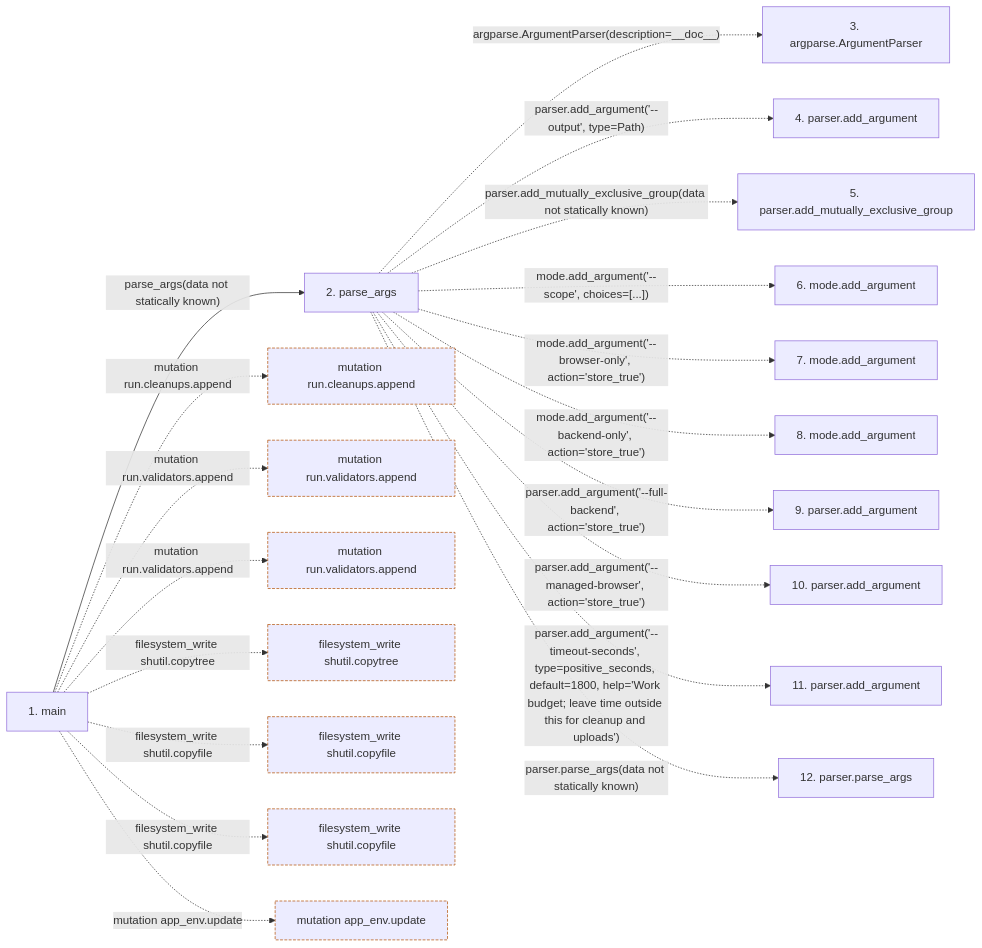
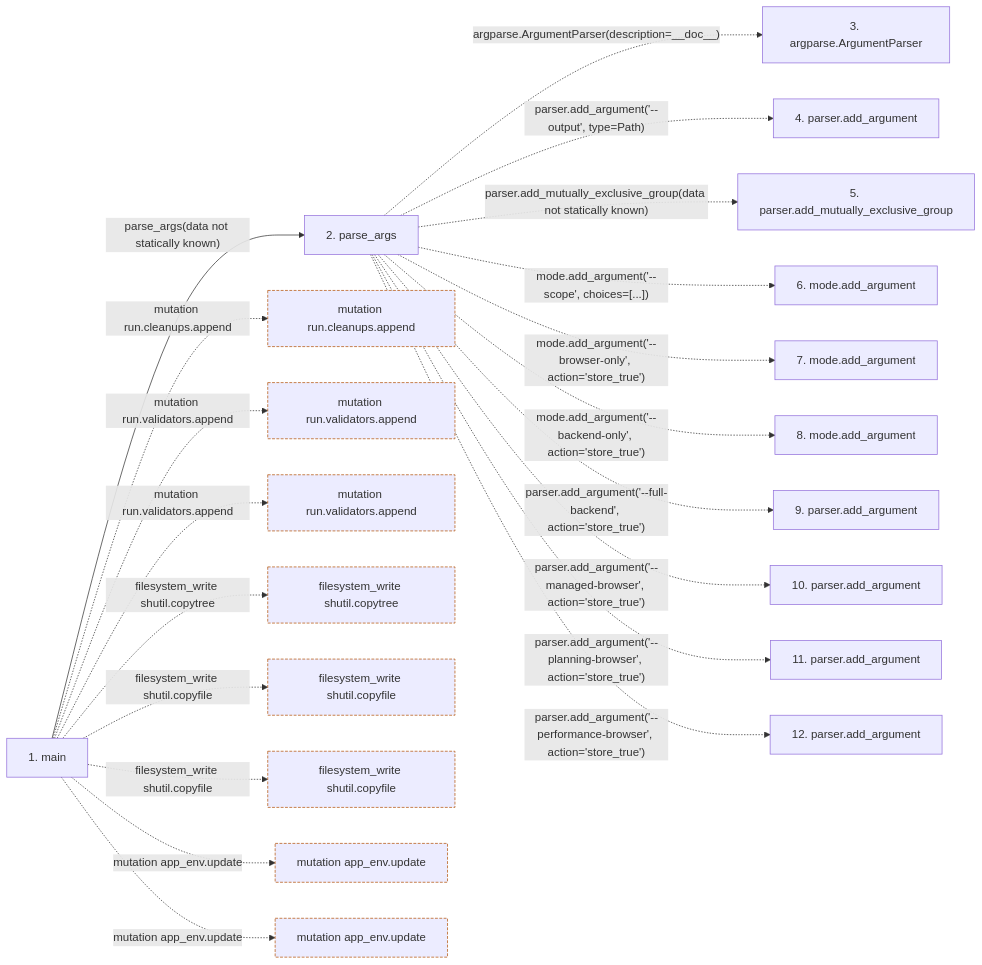
One commit to Denissvgn/WorkChord changed the second of 2 diagrams in docs/llm_wiki/flows/process-run_disposable_checks.md. Above: the diagram before and after it, drawn with Mermaid. The commit also changed other lines of this file and 10148 other files, not shown here.

````diff
--- a/docs/llm_wiki/flows/process-run_disposable_checks.md
+++ b/docs/llm_wiki/flows/process-run_disposable_checks.md
@@ -74,50 +67,53 @@
 ```mermaid
 flowchart LR
     s1["1. main"]
     s2["2. parse_args"]
     s3["3. argparse.ArgumentParser"]
     s4["4. parser.add_argument"]
     s5["5. parser.add_mutually_exclusive_group"]
     s6["6. mode.add_argument"]
     s7["7. mode.add_argument"]
     s8["8. mode.add_argument"]
     s9["9. parser.add_argument"]
     s10["10. parser.add_argument"]
     s11["11. parser.add_argument"]
-    s12["12. parser.parse_args"]
+    s12["12. parser.add_argument"]
     s1 -->|"parse_args(data not statically known)"| s2
     s2 -. "argparse.ArgumentParser(description=__doc__)" .-> s3
     s2 -. "parser.add_argument('--output', type=Path)" .-> s4
     s2 -. "parser.add_mutually_exclusive_group(data not statically known)" .-> s5
     s2 -. "mode.add_argument('--scope', choices=[...])" .-> s6
     s2 -. "mode.add_argument('--browser-only', action='store_true')" .-> s7
     s2 -. "mode.add_argument('--backend-only', action='store_true')" .-> s8
     s2 -. "parser.add_argument('--full-backend', action='store_true')" .-> s9
     s2 -. "parser.add_argument('--managed-browser', action='store_true')" .-> s10
-    s2 -. "parser.add_argument('--timeout-seconds', type=positive_seconds, default=1800, help='Work budget; leave time outside this for cleanup and uploads')" .-> s11
-    s2 -. "parser.parse_args(data not statically known)" .-> s12
+    s2 -. "parser.add_argument('--planning-browser', action='store_true')" .-> s11
+    s2 -. "parser.add_argument('--performance-browser', action='store_true')" .-> s12
     b0["mutation run.cleanups.append"]
     s1 -. "mutation run.cleanups.append" .-> b0
     b1["mutation run.validators.append"]
     s1 -. "mutation run.validators.append" .-> b1
     b2["mutation run.validators.append"]
     s1 -. "mutation run.validators.append" .-> b2
     b3["filesystem_write shutil.copytree"]
     s1 -. "filesystem_write shutil.copytree" .-> b3
     b4["filesystem_write shutil.copyfile"]
     s1 -. "filesystem_write shutil.copyfile" .-> b4
     b5["filesystem_write shutil.copyfile"]
     s1 -. "filesystem_write shutil.copyfile" .-> b5
     b6["mutation app_env.update"]
     s1 -. "mutation app_env.update" .-> b6
+    b7["mutation app_env.update"]
+    s1 -. "mutation app_env.update" .-> b7
     click s1 "../modules/run_disposable_checks.md"
     click s2 "../modules/run_disposable_checks.md"
     classDef boundary stroke:#b45309,stroke-dasharray: 4 2
     class b0 boundary
     class b1 boundary
     class b2 boundary
     class b3 boundary
     class b4 boundary
     class b5 boundary
     class b6 boundary
+    class b7 boundary
 ```
````
